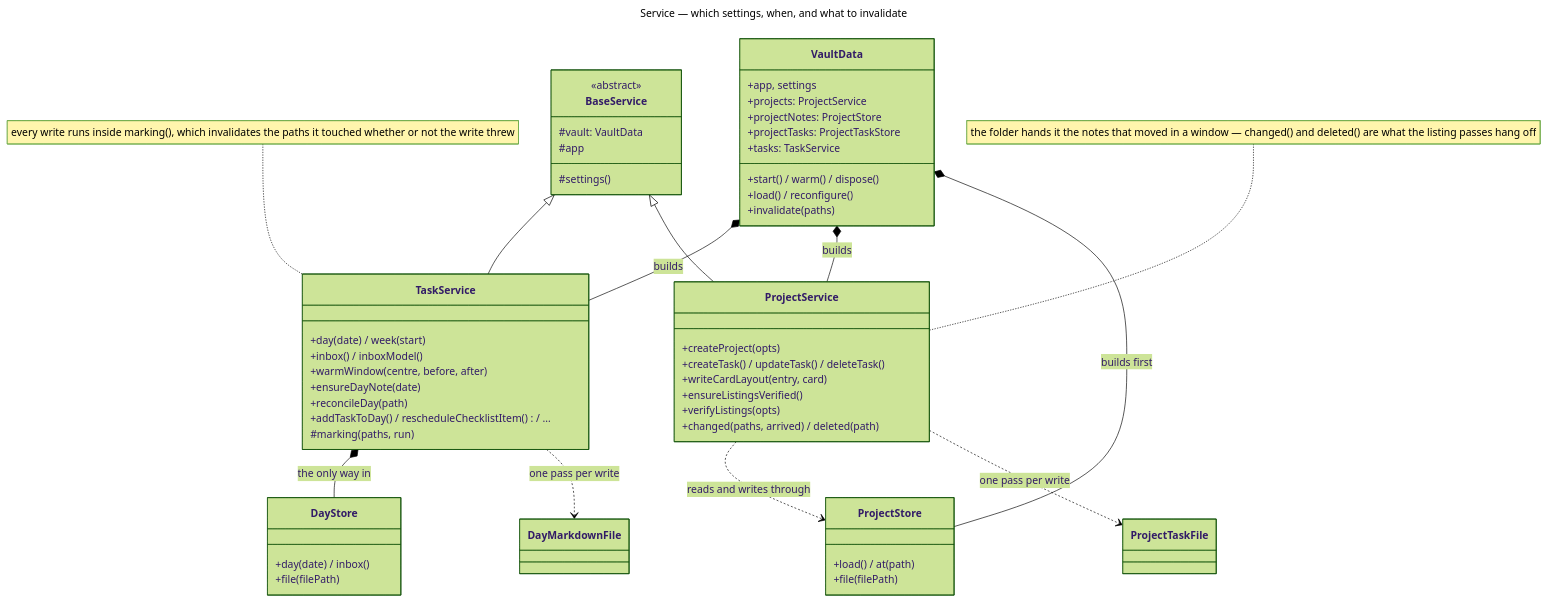
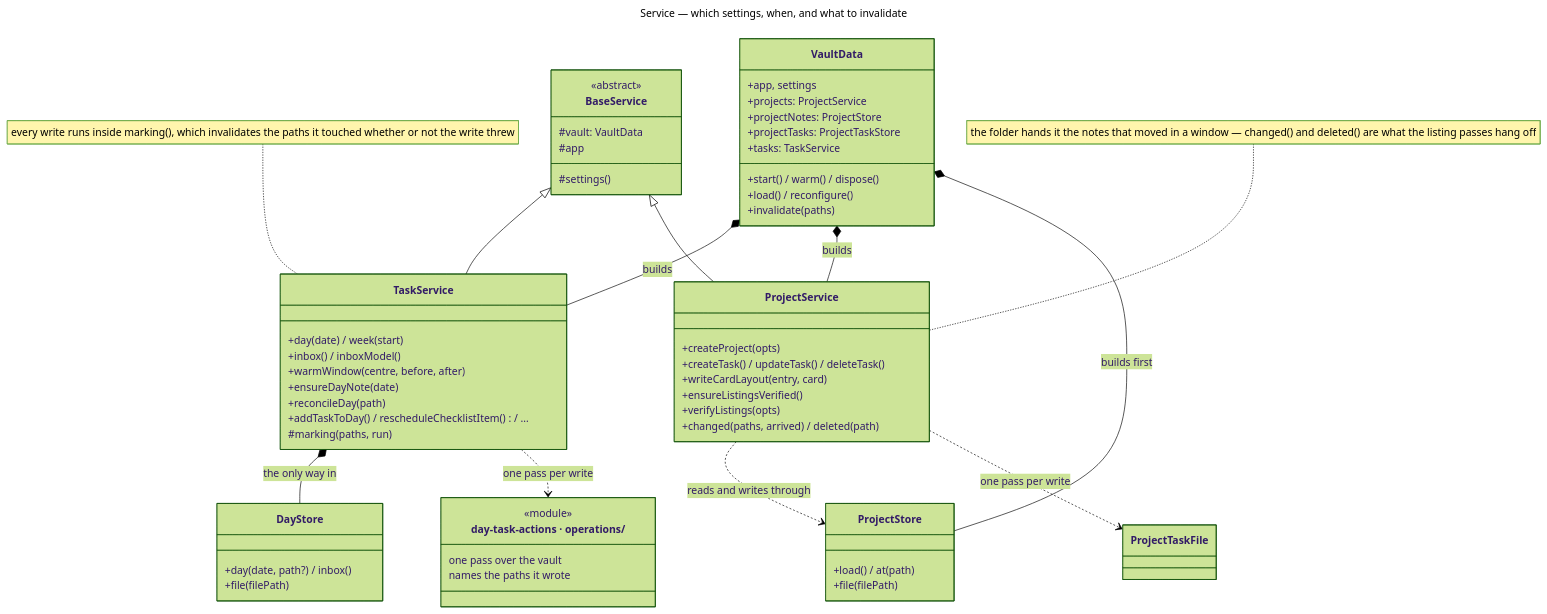
Before and after one commit to Laurent-Ferier/pm-compass: the diagram in docs/technical/diagrams/service.mmd, drawn with Mermaid (forest theme). The commit also changed 41 other files, not shown here.

First line of the commit message:
refactor: dissolve DayMarkdownFile into operations over a day note

```diff
--- a/docs/technical/diagrams/service.mmd
+++ b/docs/technical/diagrams/service.mmd
@@ -1,65 +1,71 @@
 ---
 title: Service — which settings, when, and what to invalidate
 ---
 classDiagram
   direction TB
 
   class VaultData {
     +app, settings
     +projects: ProjectService
     +projectNotes: ProjectStore
     +projectTasks: ProjectTaskStore
     +tasks: TaskService
     +start() / warm() / dispose()
     +load() / reconfigure()
     +invalidate(paths)
   }
 
   class BaseService {
     <<abstract>>
     #vault: VaultData
     #app
     #settings()
   }
 
   class TaskService {
     +day(date) / week(start)
     +inbox() / inboxModel()
     +warmWindow(centre, before, after)
     +ensureDayNote(date)
     +reconcileDay(path)
     +addTaskToDay() / rescheduleChecklistItem() / …
     #marking(paths, run)
   }
 
   class ProjectService {
     +createProject(opts)
     +createTask() / updateTask() / deleteTask()
     +writeCardLayout(entry, card)
     +ensureListingsVerified()
     +verifyListings(opts)
     +changed(paths, arrived) / deleted(path)
   }
 
   class DayStore {
-    +day(date) / inbox()
+    +day(date, path?) / inbox()
     +file(filePath)
   }
 
   class ProjectStore {
     +load() / at(path)
     +file(filePath)
+  }
+
+  class dayTaskActions["day-task-actions · operations/"] {
+    <<module>>
+    one pass over the vault
+    names the paths it wrote
   }
 
   BaseService <|-- TaskService
   BaseService <|-- ProjectService
   VaultData *-- TaskService : builds
   VaultData *-- ProjectService : builds
   VaultData *-- ProjectStore : builds first
   TaskService *-- DayStore : the only way in
   ProjectService ..> ProjectStore : reads and writes through
-  TaskService ..> DayMarkdownFile : one pass per write
+  TaskService ..> dayTaskActions : one pass per write
   ProjectService ..> ProjectTaskFile : one pass per write
 
   note for ProjectService "the folder hands it the notes that moved in a window — changed() and deleted() are what the listing passes hang off"
   note for TaskService "every write runs inside marking(), which invalidates the paths it touched whether or not the write threw"
```
